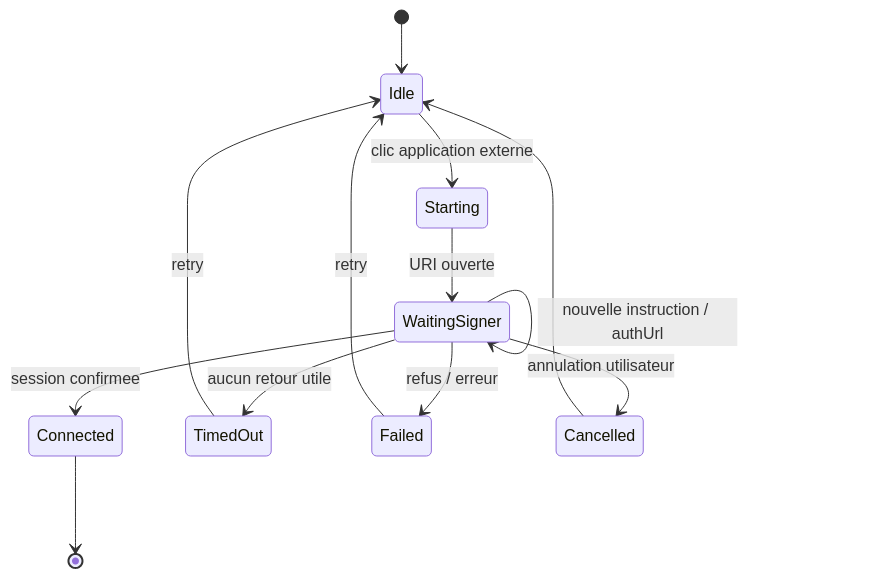
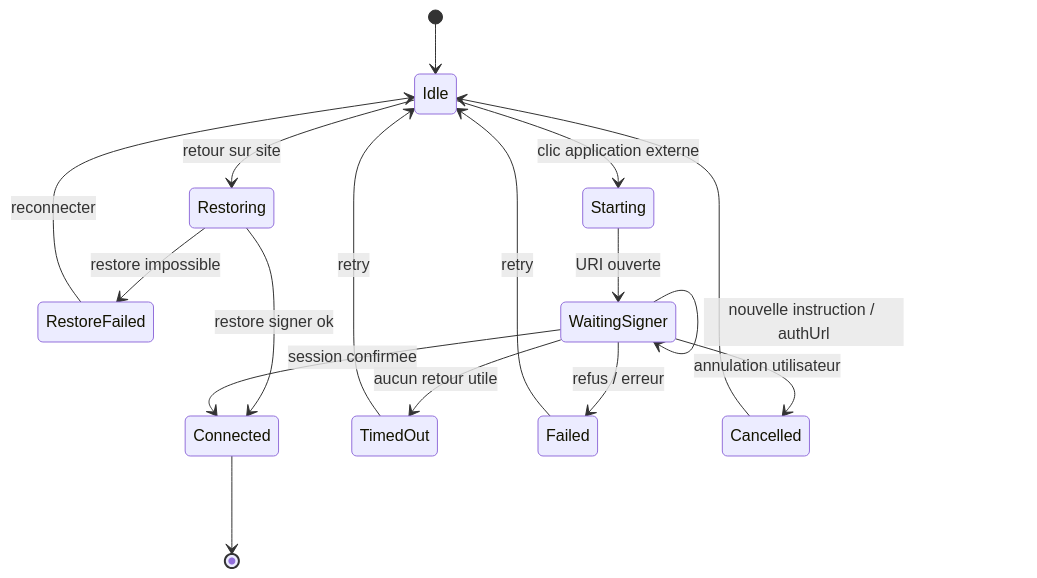
Before and after one commit to maxiim3/nostr-tools-ng-app: the third of 3 diagrams in docs/product/specs/auth-mobile-web.md, drawn with Mermaid. The commit also changed other lines of this file and 9 other files, not shown here.

````diff
--- a/docs/product/specs/auth-mobile-web.md
+++ b/docs/product/specs/auth-mobile-web.md
@@ -71,15 +74,19 @@
 ```mermaid
 stateDiagram-v2
   [*] --> Idle
+  Idle --> Restoring: retour sur site
+  Restoring --> Connected: restore signer ok
+  Restoring --> RestoreFailed: restore impossible
+  RestoreFailed --> Idle: reconnecter
   Idle --> Starting: clic application externe
   Starting --> WaitingSigner: URI ouverte
   WaitingSigner --> WaitingSigner: nouvelle instruction / authUrl
   WaitingSigner --> Connected: session confirmee
   WaitingSigner --> TimedOut: aucun retour utile
   WaitingSigner --> Failed: refus / erreur
   WaitingSigner --> Cancelled: annulation utilisateur
   TimedOut --> Idle: retry
   Failed --> Idle: retry
   Cancelled --> Idle
   Connected --> [*]
 ```
````
